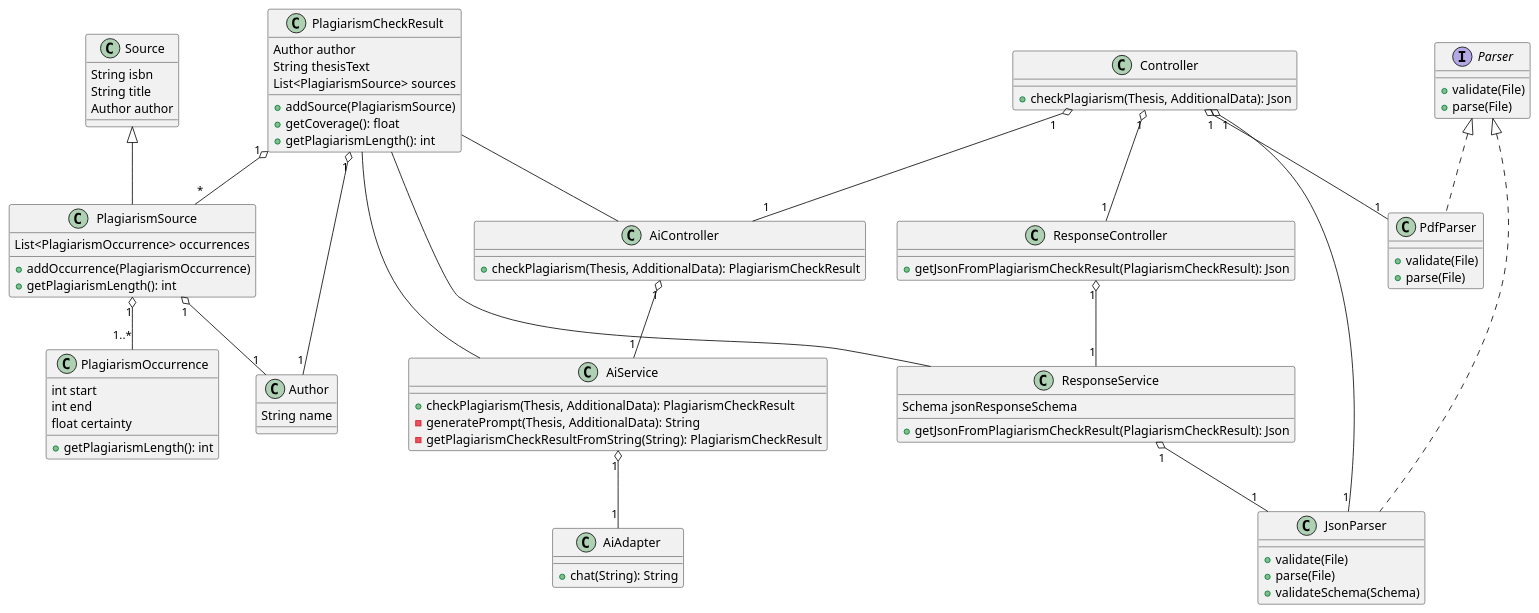
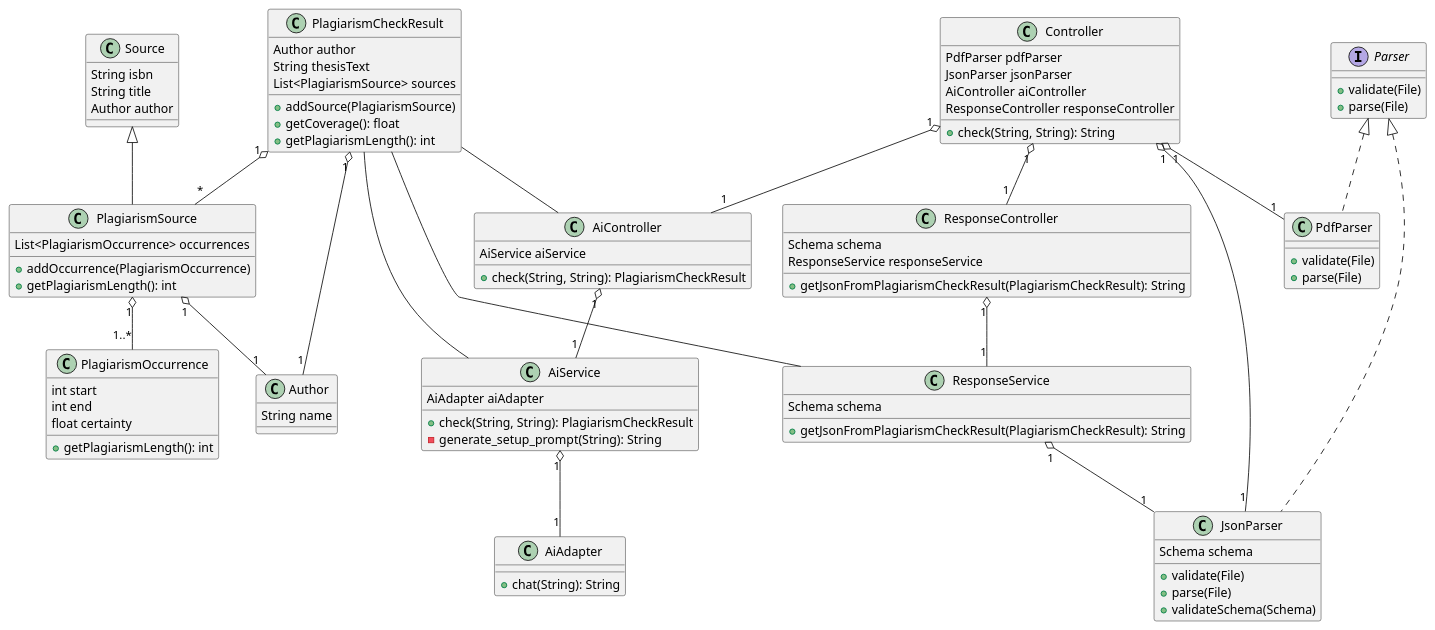
Before and after one commit to DHBW-FN/ti21-sweng2: the diagram in diagrams/classes.puml, drawn with PlantUML.

Commit message:
fix(klassendiagramm): Update to latest version of prototype while omitting implementation details

```diff
--- a/diagrams/classes.puml
+++ b/diagrams/classes.puml
@@ -1,94 +1,102 @@
 @startuml Klassendiagramm
 class PlagiarismCheckResult {
     Author author
     String thesisText
     List<PlagiarismSource> sources
     +addSource(PlagiarismSource)
     +getCoverage(): float
     +getPlagiarismLength(): int
 }
 
 class PlagiarismSource extends Source {
     List<PlagiarismOccurrence> occurrences
     +addOccurrence(PlagiarismOccurrence)
     +getPlagiarismLength(): int
 }
 
 class PlagiarismOccurrence {
     int start
     int end
     float certainty
     +getPlagiarismLength(): int
 }
 
 class Author {
     String name
 }
 
 class Source {
     String isbn
     String title
     Author author
 }
 
 interface Parser {
     +validate(File)
     +parse(File)
 }
 
 class PdfParser implements Parser {
     +validate(File)
     +parse(File)
 }
 
 class JsonParser implements Parser {
+    Schema schema
     +validate(File)
     +parse(File)
     +validateSchema(Schema)
 }
 
 class Controller {
-    +checkPlagiarism(Thesis, AdditionalData): Json
+    PdfParser pdfParser
+    JsonParser jsonParser
+    AiController aiController
+    ResponseController responseController
+    +check(String, String): String
 }
 
 class AiController {
-    +checkPlagiarism(Thesis, AdditionalData): PlagiarismCheckResult
+    AiService aiService
+    +check(String, String): PlagiarismCheckResult
 }
 
 class AiService {
-    +checkPlagiarism(Thesis, AdditionalData): PlagiarismCheckResult
-    -generatePrompt(Thesis, AdditionalData): String
-    -getPlagiarismCheckResultFromString(String): PlagiarismCheckResult
+    AiAdapter aiAdapter
+    +check(String, String): PlagiarismCheckResult
+    -generate_setup_prompt(String): String
 }
 
 class AiAdapter {
     +chat(String): String
 }
 
 class ResponseController {
-    +getJsonFromPlagiarismCheckResult(PlagiarismCheckResult): Json
+    Schema schema
+    ResponseService responseService
+    +getJsonFromPlagiarismCheckResult(PlagiarismCheckResult): String
 }
 
 class ResponseService {
-    Schema jsonResponseSchema
-    +getJsonFromPlagiarismCheckResult(PlagiarismCheckResult): Json
+    Schema schema
+    +getJsonFromPlagiarismCheckResult(PlagiarismCheckResult): String
 }
 
 Controller "1" o-- "1" PdfParser
 Controller "1" o-- "1" JsonParser
 Controller "1" o-- "1" AiController
 AiController "1" o-- "1" AiService
 AiService "1" o-- "1" AiAdapter
 Controller "1" o-- "1" ResponseController
 ResponseController "1" o-- "1" ResponseService
 ResponseService "1" o-- "1" JsonParser
 
 PlagiarismCheckResult -- AiController
 PlagiarismCheckResult -- AiService
 PlagiarismCheckResult -- ResponseService
 
 PlagiarismCheckResult "1" o-- "*" PlagiarismSource
 PlagiarismCheckResult "1" o-- "1" Author
 PlagiarismSource "1" o-- "1..*" PlagiarismOccurrence
 PlagiarismSource "1" o-- "1" Author
 @enduml
```
